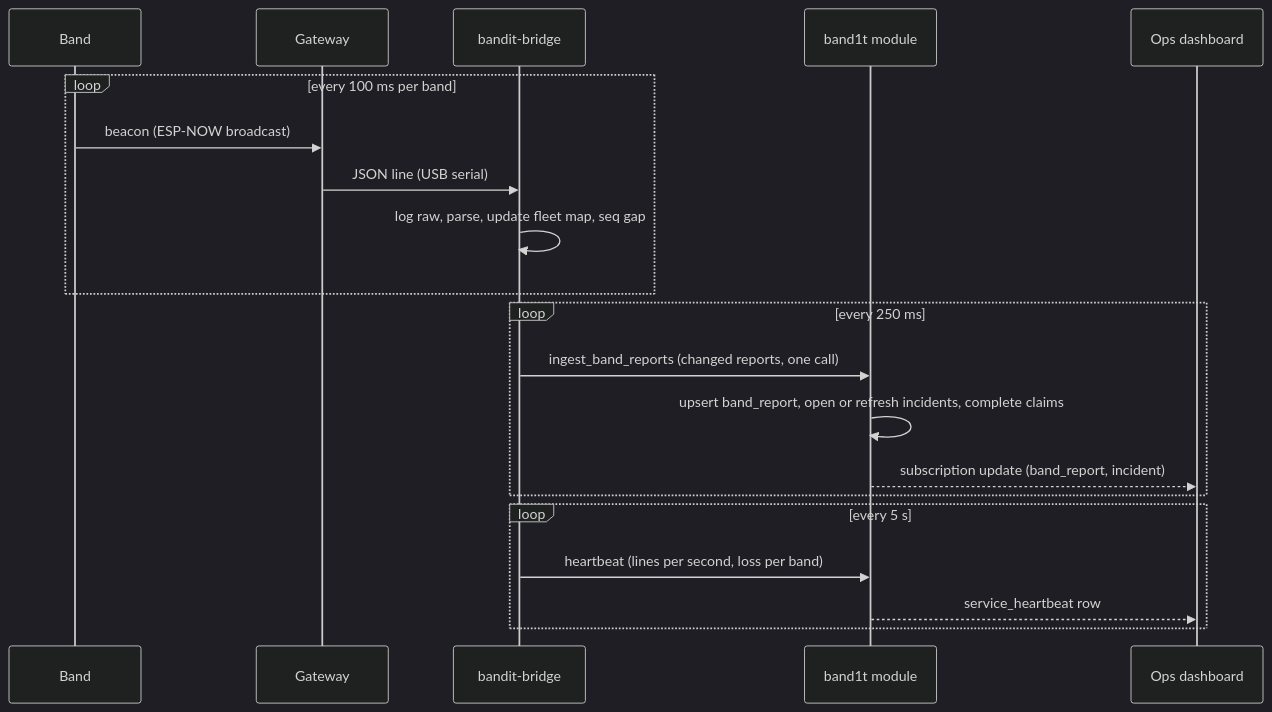
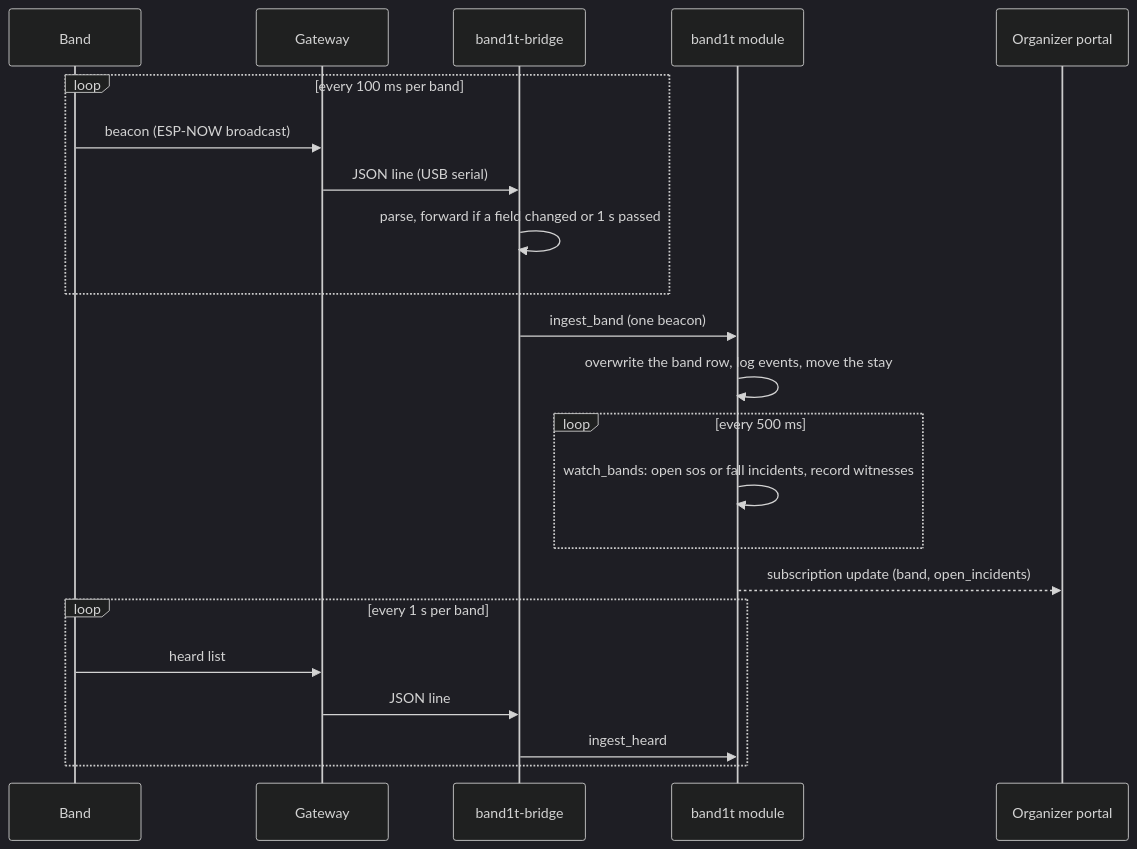
The second of 4 diagrams in System Design/3-services/Gateway-Bridge.md (viktorinkov/cal-hacks-13), drawn with Mermaid (dark theme) before and after one commit. The commit also changed other lines of this file and 26 other files, not shown here.

````diff
--- a/System Design/3-services/Gateway-Bridge.md
+++ b/System Design/3-services/Gateway-Bridge.md
@@ -126,22 +97,24 @@
 ```mermaid
 sequenceDiagram
     participant B as Band
     participant G as Gateway
-    participant R as bandit-bridge
+    participant R as band1t-bridge
     participant M as band1t module
-    participant D as Ops dashboard
+    participant D as Organizer portal
     loop every 100 ms per band
         B->>G: beacon (ESP-NOW broadcast)
         G->>R: JSON line (USB serial)
-        R->>R: log raw, parse, update fleet map, seq gap
+        R->>R: parse, forward if a field changed or 1 s passed
     end
-    loop every 250 ms
-        R->>M: ingest_band_reports (changed reports, one call)
-        M->>M: upsert band_report, open or refresh incidents, complete claims
-        M-->>D: subscription update (band_report, incident)
+    R->>M: ingest_band (one beacon)
+    M->>M: overwrite the band row, log events, move the stay
+    loop every 500 ms
+        M->>M: watch_bands: open sos or fall incidents, record witnesses
     end
-    loop every 5 s
-        R->>M: heartbeat (lines per second, loss per band)
-        M-->>D: service_heartbeat row
+    M-->>D: subscription update (band, open_incidents)
+    loop every 1 s per band
+        B->>G: heard list
+        G->>R: JSON line
+        R->>M: ingest_heard
     end
 ```
````
